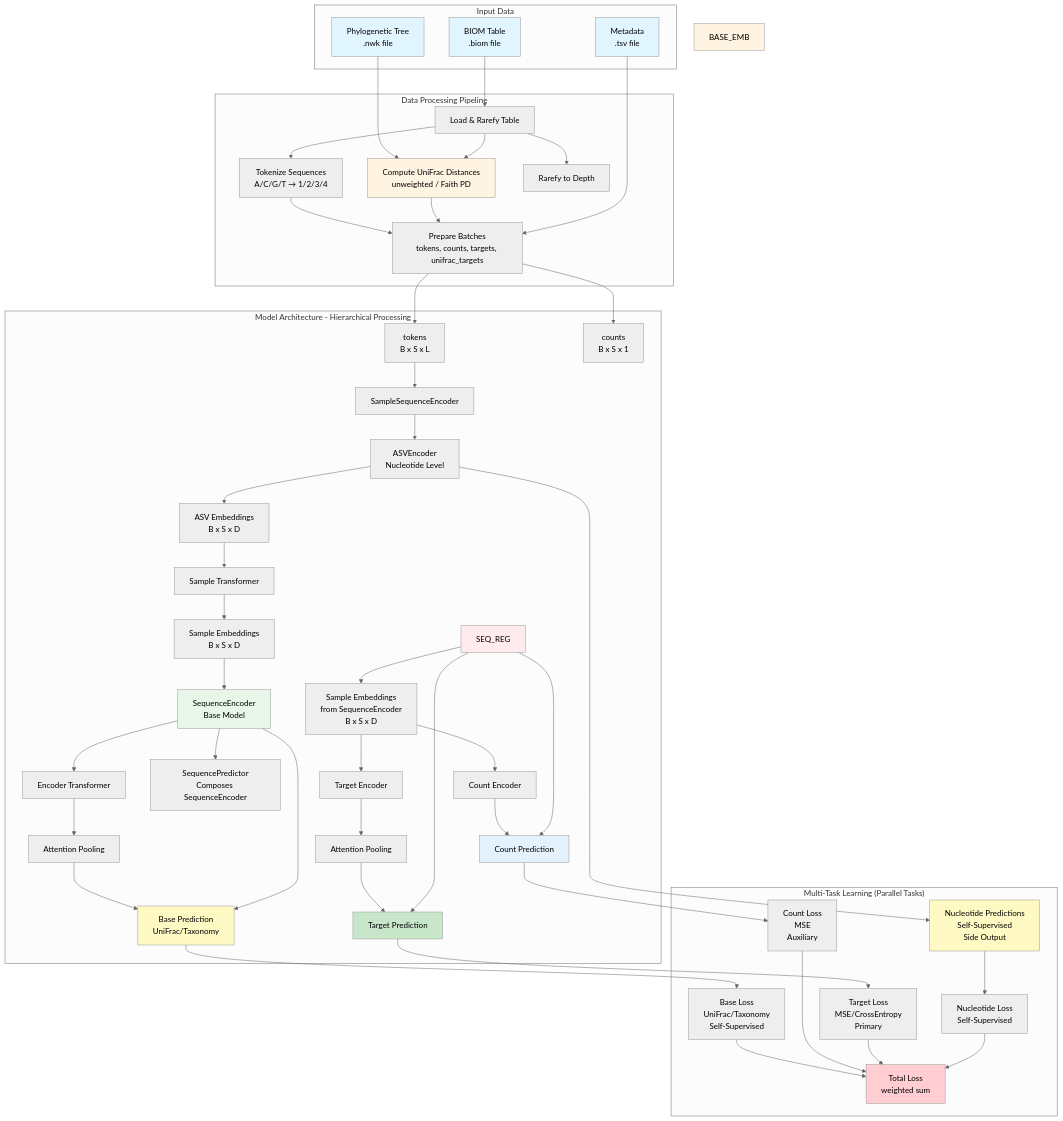
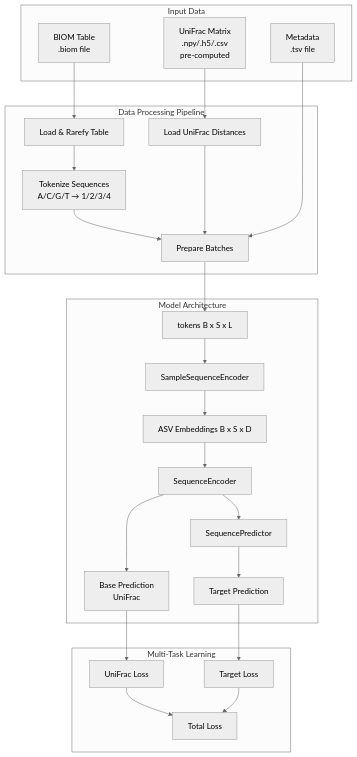
The diagram in _design_plan/00_overview.md (jbk708/aam), drawn with Mermaid (neutral theme) before and after one commit. The commit also changed other lines of this file and 9 other files, not shown here.

````diff
--- a/_design_plan/00_overview.md
+++ b/_design_plan/00_overview.md
@@ -14,74 +14,34 @@
 ```mermaid
 graph TB
     subgraph "Input Data"
         BIOM[BIOM Table<br/>.biom file]
-        PHYLO[Phylogenetic Tree<br/>.nwk file]
+        UNIFRAC_FILE[UniFrac Matrix<br/>.npy/.h5/.csv<br/>pre-computed]
         META[Metadata<br/>.tsv file]
     end
-    
+
     subgraph "Data Processing Pipeline"
         BIOM --> LOAD[Load & Rarefy Table]
-        PHYLO --> UNIFRAC[Compute UniFrac Distances<br/>unweighted / Faith PD]
-        LOAD --> UNIFRAC
+        UNIFRAC_FILE --> UNIFRAC[Load UniFrac Distances]
         LOAD --> TOKENIZE[Tokenize Sequences<br/>A/C/G/T → 1/2/3/4]
-        LOAD --> RAREFY[Rarefy to Depth]
-        TOKENIZE --> PREPARE[Prepare Batches<br/>tokens, counts, targets, unifrac_targets]
+        TOKENIZE --> PREPARE[Prepare Batches]
         UNIFRAC --> PREPARE
         META --> PREPARE
     end
-    
-    subgraph "Model Architecture - Hierarchical Processing"
-        PREPARE --> TOKENS[tokens<br/>B x S x L]
-        PREPARE --> COUNTS[counts<br/>B x S x 1]
-        
+
+    subgraph "Model Architecture"
+        PREPARE --> TOKENS[tokens B x S x L]
         TOKENS --> SAMPLE[SampleSequenceEncoder]
-        SAMPLE --> ASV_ENC[ASVEncoder<br/>Nucleotide Level]
-        ASV_ENC --> ASV_EMB[ASV Embeddings<br/>B x S x D]
-        ASV_EMB --> SAMPLE_TRANS[Sample Transformer]
-        SAMPLE_TRANS --> SAMPLE_EMB[Sample Embeddings<br/>B x S x D]
-        
-        SAMPLE_EMB --> SEQ_ENC[SequenceEncoder<br/>Base Model]
-        SEQ_ENC --> ENC_TRANS[Encoder Transformer]
-        ENC_TRANS --> ENC_POOL[Attention Pooling]
-        ENC_POOL --> BASE_PRED[Base Prediction<br/>UniFrac/Taxonomy]
-        
-        SEQ_ENC --> SEQ_PRED[SequencePredictor<br/>Composes SequenceEncoder]
-        SEQ_REG --> SAMPLE_EMB_REG[Sample Embeddings<br/>from SequenceEncoder<br/>B x S x D]
-        SAMPLE_EMB_REG --> COUNT_ENC[Count Encoder]
-        SAMPLE_EMB_REG --> TARGET_ENC[Target Encoder]
-        COUNT_ENC --> COUNT_PRED[Count Prediction]
-        TARGET_ENC --> TARGET_POOL[Attention Pooling]
-        TARGET_POOL --> TARGET_PRED[Target Prediction]
+        SAMPLE --> ASV_EMB[ASV Embeddings B x S x D]
+        ASV_EMB --> SEQ_ENC[SequenceEncoder]
+        SEQ_ENC --> BASE_PRED[Base Prediction<br/>UniFrac]
+        SEQ_ENC --> SEQ_PRED[SequencePredictor]
+        SEQ_PRED --> TARGET_PRED[Target Prediction]
     end
-    
-    subgraph "Multi-Task Learning (Parallel Tasks)"
-        SEQ_ENC --> BASE_PRED
-        SEQ_REG --> COUNT_PRED
-        SEQ_REG --> TARGET_PRED
-        ASV_ENC --> NUC_PRED[Nucleotide Predictions<br/>Self-Supervised<br/>Side Output]
-        
-        BASE_PRED --> LOSS1[Base Loss<br/>UniFrac/Taxonomy<br/>Self-Supervised]
-        COUNT_PRED --> LOSS2[Count Loss<br/>MSE<br/>Auxiliary]
-        TARGET_PRED --> LOSS3[Target Loss<br/>MSE/CrossEntropy<br/>Primary]
-        NUC_PRED --> LOSS4[Nucleotide Loss<br/>Self-Supervised]
-        
-        LOSS1 --> TOTAL[Total Loss<br/>weighted sum]
+
+    subgraph "Multi-Task Learning"
+        BASE_PRED --> LOSS1[UniFrac Loss]
+        TARGET_PRED --> LOSS2[Target Loss]
+        LOSS1 --> TOTAL[Total Loss]
         LOSS2 --> TOTAL
-        LOSS3 --> TOTAL
-        LOSS4 --> TOTAL
-        
-        style BASE_PRED fill:#fff9c4
-        style NUC_PRED fill:#fff9c4
-        style COUNT_PRED fill:#e3f2fd
-        style TARGET_PRED fill:#c8e6c9
     end
-    
-    style BIOM fill:#e1f5ff
-    style PHYLO fill:#e1f5ff
-    style META fill:#e1f5ff
-    style UNIFRAC fill:#fff4e1
-    style BASE_EMB fill:#fff4e1
-    style SEQ_ENC fill:#e8f5e9
-    style SEQ_REG fill:#ffebee
-    style TOTAL fill:#ffcdd2
 ```
````
